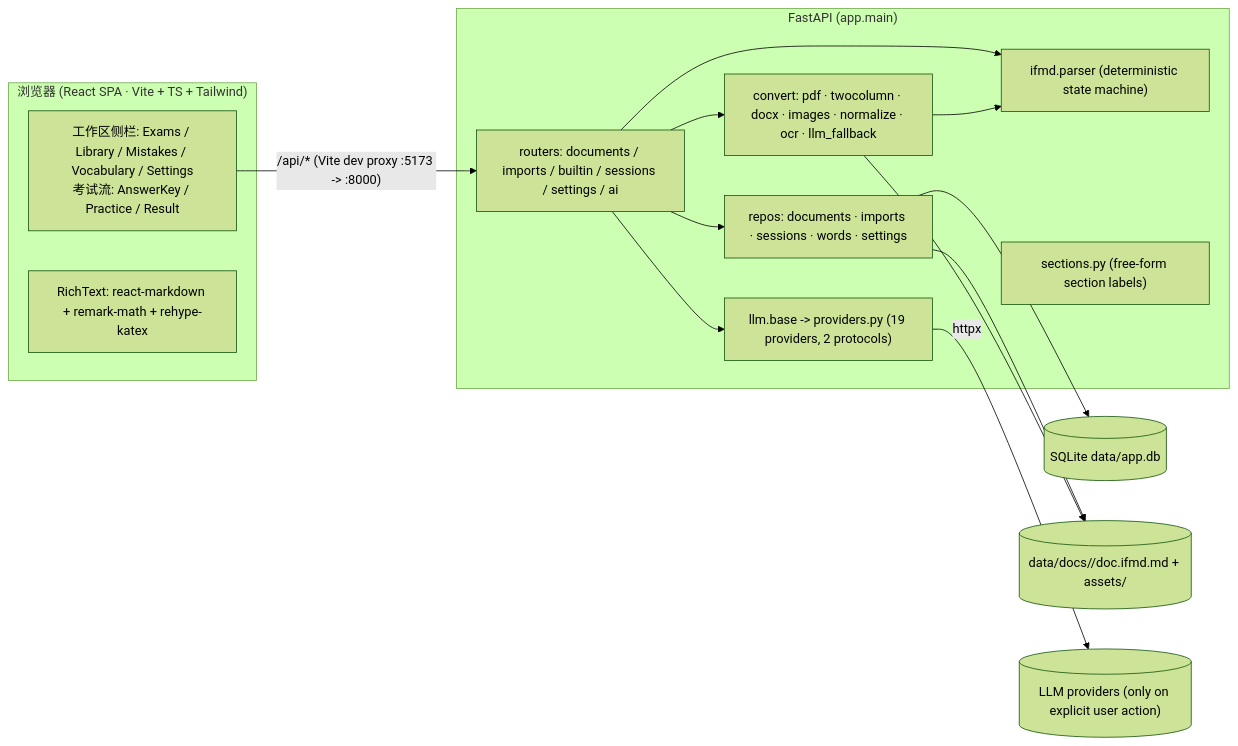
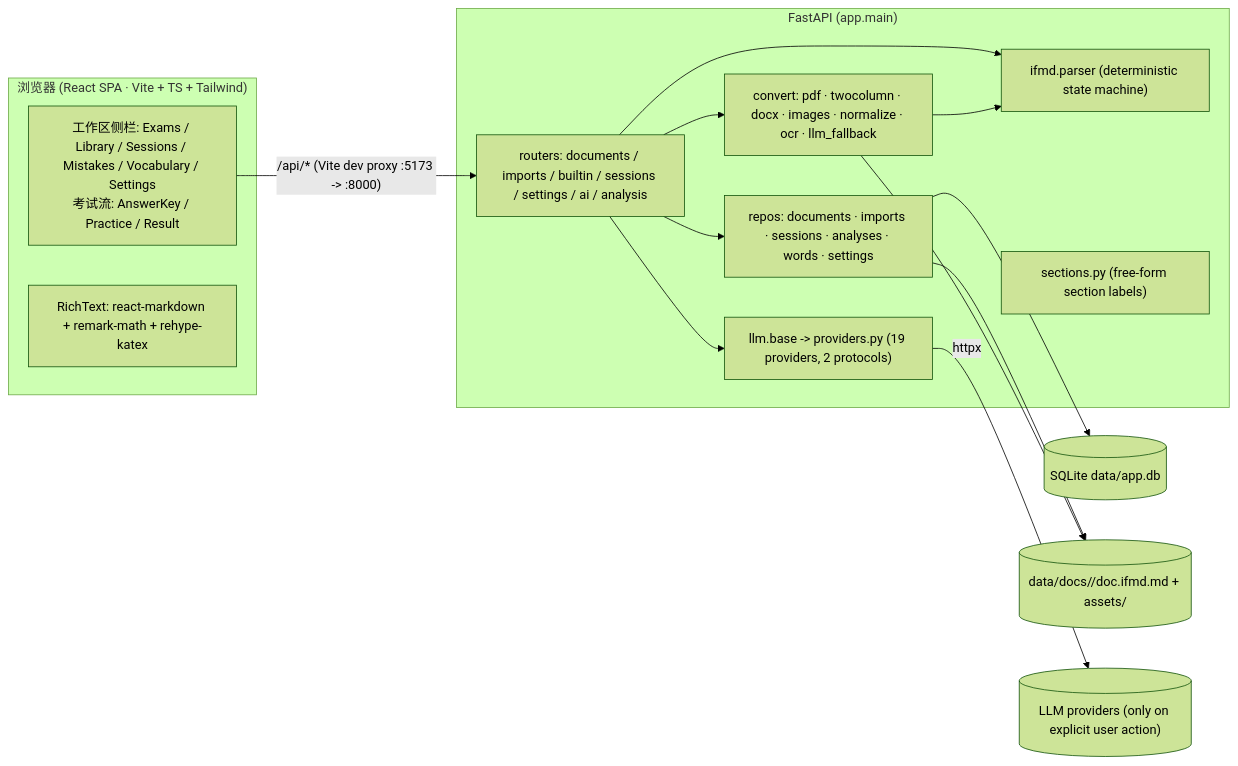
Before and after one commit to JasonSun2009CN/InteFlow: the first of 2 diagrams in docs/ARCHITECTURE.md, drawn with Mermaid (forest theme). The commit also changed other lines of this file and 239 other files, not shown here.

First line of the commit message:
feat: analysis workspace, attempt history, multi-answer/blanks, A–Z options; drop normalize

````diff
--- a/docs/ARCHITECTURE.md
+++ b/docs/ARCHITECTURE.md
@@ -13,28 +13,28 @@
 ```mermaid
 flowchart LR
   subgraph Browser["浏览器 (React SPA · Vite + TS + Tailwind)"]
-    UI["工作区侧栏: Exams / Library / Mistakes / Vocabulary / Settings<br/>考试流: AnswerKey / Practice / Result"]
+    UI["工作区侧栏: Exams / Library / Sessions / Mistakes / Vocabulary / Settings<br/>考试流: AnswerKey / Practice / Result"]
     RT["RichText: react-markdown + remark-math + rehype-katex"]
   end
 
   UI -- "/api/* (Vite dev proxy :5173 -> :8000)" --> API
 
   subgraph Backend["FastAPI (app.main)"]
-    API["routers: documents / imports / builtin / sessions / settings / ai"]
+    API["routers: documents / imports / builtin / sessions / settings / ai / analysis"]
     CONV["convert: pdf · twocolumn · docx · images · normalize · ocr · llm_fallback"]
     PARSE["ifmd.parser (deterministic state machine)"]
-    REPOS["repos: documents · imports · sessions · words · settings"]
+    REPOS["repos: documents · imports · sessions · analyses · words · settings"]
     SEC["sections.py (free-form section labels)"]
     LLM["llm.base -> providers.py (19 providers, 2 protocols)"]
     API --> CONV
     API --> PARSE
     API --> REPOS
     CONV --> PARSE
     API --> LLM
   end
 
   REPOS --> DB[("SQLite  data/app.db")]
   REPOS --> FS[("data/docs/<id>/doc.ifmd.md + assets/")]
   CONV --> FS
   LLM -- httpx --> PROV[("LLM providers (only on explicit user action)")]
 ```
````
